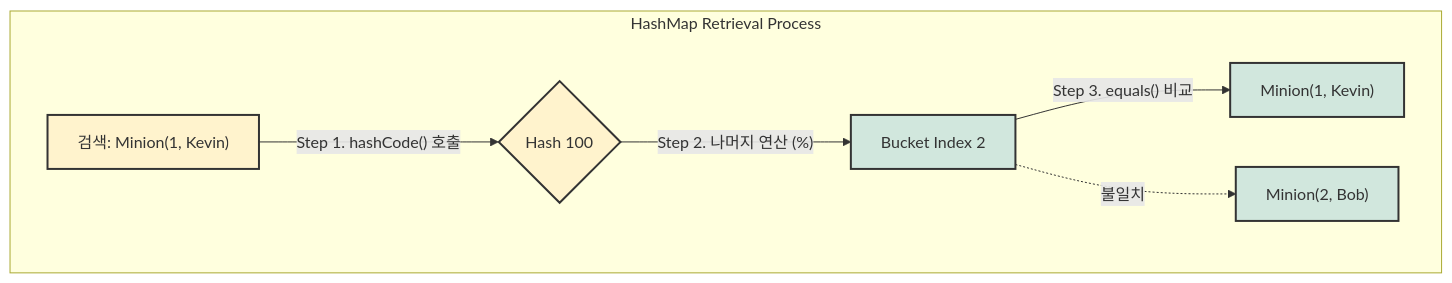
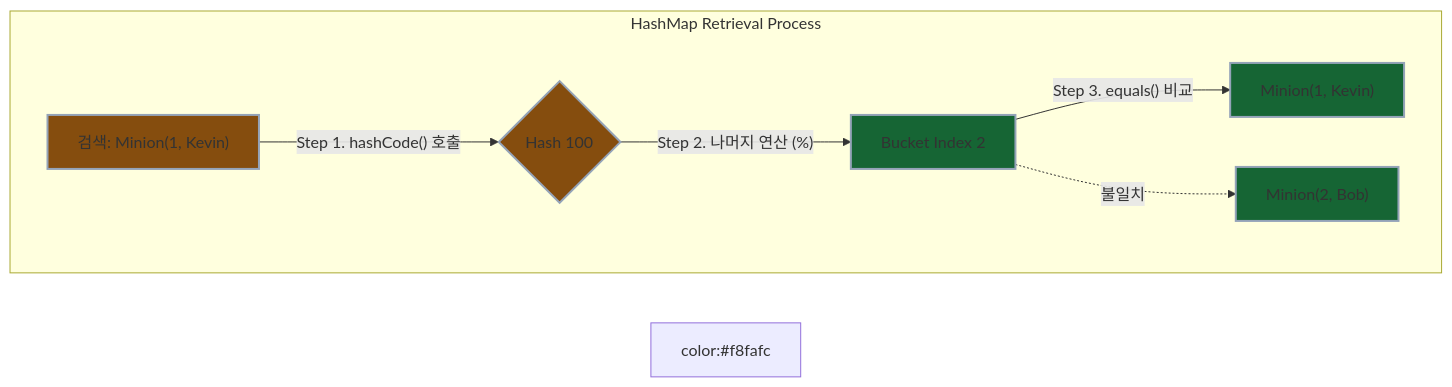
One commit to Kang-Hyesung/kang-hyesung.github.io changed the second of 2 diagrams in _posts/java/08-gc/2026-01-21-object-클래스와-동등성,-동일성.md. Above: the diagram before and after it, drawn with Mermaid. The commit also changed other lines of this file and 74 other files, not shown here.

Commit message:
docs: update post visibility and mermaid colors

````diff
--- a/_posts/java/08-gc/2026-01-21-object-클래스와-동등성,-동일성.md
+++ b/_posts/java/08-gc/2026-01-21-object-클래스와-동등성,-동일성.md
@@ -185,27 +185,27 @@
 ```mermaid
 flowchart LR
     subgraph RetrievalProcess [HashMap Retrieval Process]
         direction LR
         %% 노드 정의
         Search["검색: Minion(1, Kevin)"]
         HashResult{"Hash 100"}
         Bucket2["Bucket Index 2"]
        
         Item1["Minion(1, Kevin)"]
         Item2["Minion(2, Bob)"]
 
         %% 연결 로직 (숫자로 시작하지 않도록 수정)
         Search -->|"Step 1. hashCode() 호출"| HashResult
         HashResult -->|"Step 2. 나머지 연산 (%)"| Bucket2
        
         Bucket2 -->|"Step 3. equals() 비교"| Item1
         Bucket2 -.->|"불일치"| Item2
     end
 
     %% 스타일 정의
-    classDef yellow fill:#fff3cd,stroke:#333,stroke-width:2px;
-    classDef green fill:#d1e7dd,stroke:#333,stroke-width:2px;
+    classDef yellow fill:#854d0e,stroke:#94a3b8,stroke-width:2px;color:#f8fafc;
+    classDef green fill:#166534,stroke:#94a3b8,stroke-width:2px;color:#f8fafc;
 
     class Search,HashResult yellow;
     class Bucket2,Item1,Item2 green;
 ```
````
